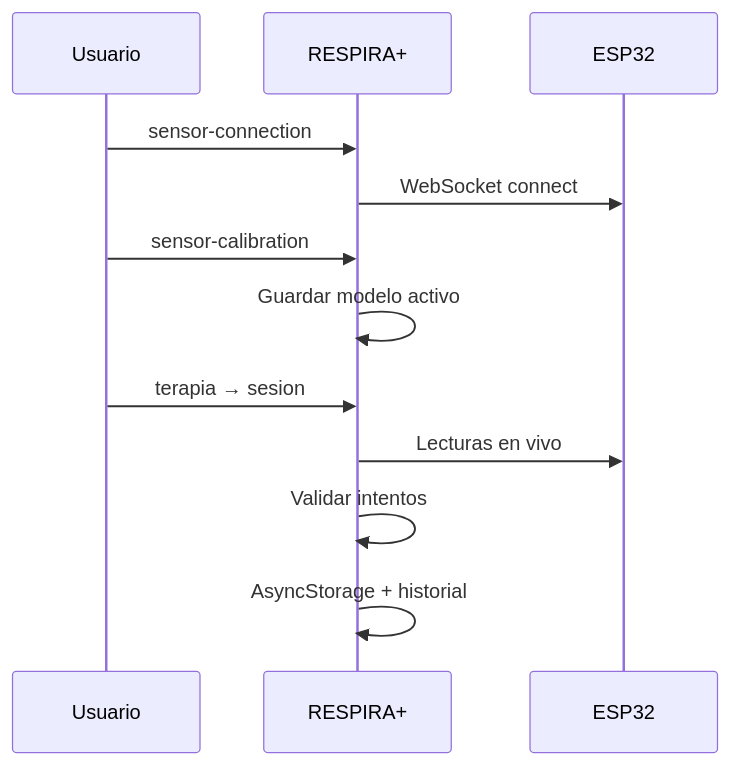
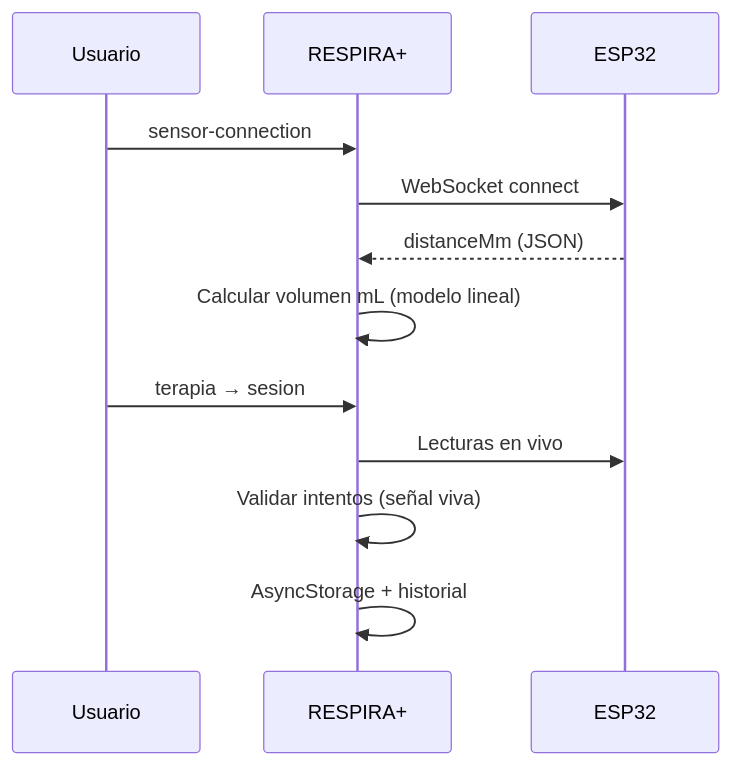
One commit to narajoEmmanuel/app-rehab-respiratoria changed the diagram in docs/sensor-flow.md. Above: the diagram before and after it, drawn with Mermaid. The commit also changed other lines of this file and 6 other files, not shown here.

````diff
--- a/docs/sensor-flow.md
+++ b/docs/sensor-flow.md
@@ -68,14 +89,14 @@
 ```mermaid
 sequenceDiagram
   participant U as Usuario
   participant App as RESPIRA+
   participant ESP as ESP32
   U->>App: sensor-connection
   App->>ESP: WebSocket connect
-  U->>App: sensor-calibration
-  App->>App: Guardar modelo activo
+  ESP-->>App: distanceMm (JSON)
+  App->>App: Calcular volumen mL (modelo lineal)
   U->>App: terapia → sesion
   App->>ESP: Lecturas en vivo
-  App->>App: Validar intentos
+  App->>App: Validar intentos (señal viva)
   App->>App: AsyncStorage + historial
 ```
````
